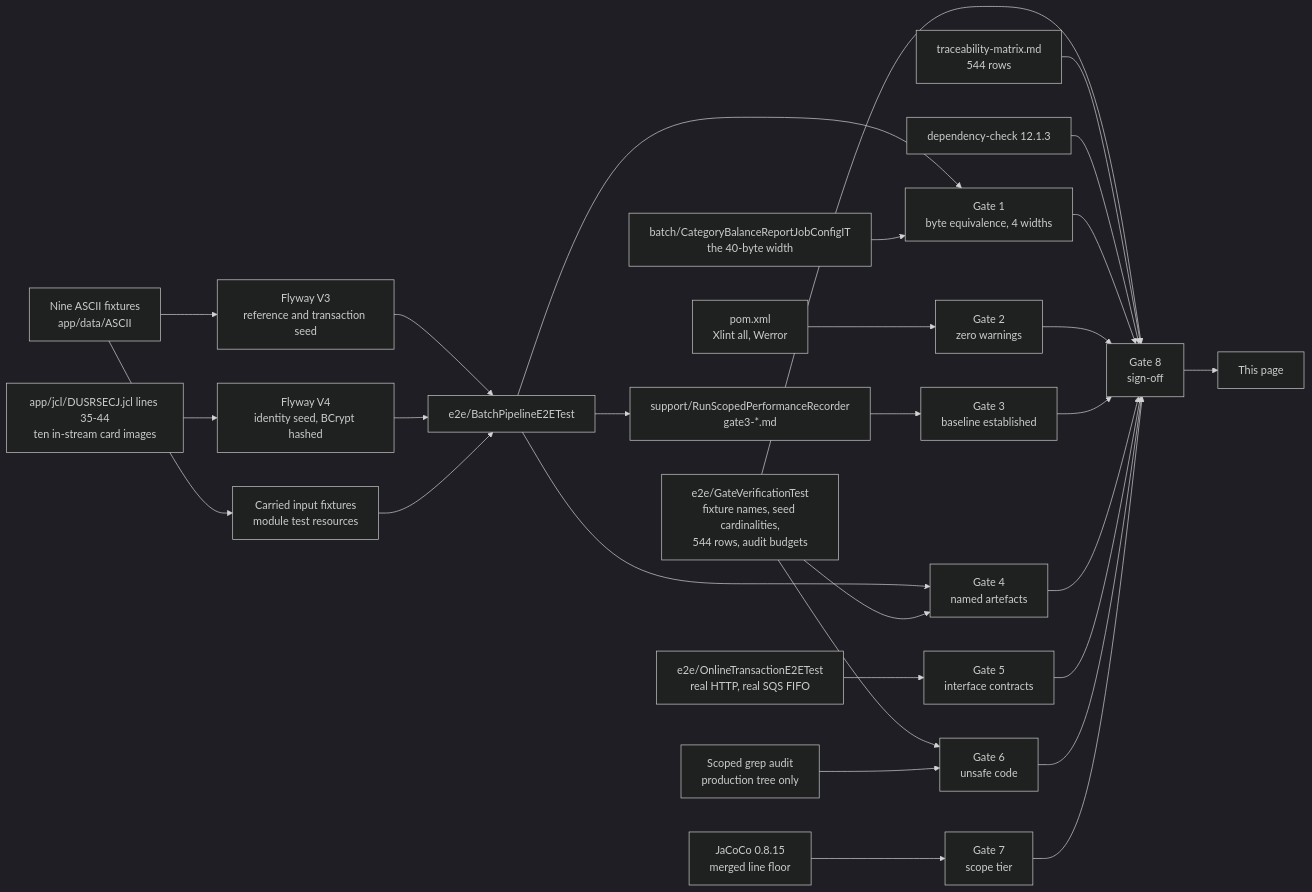
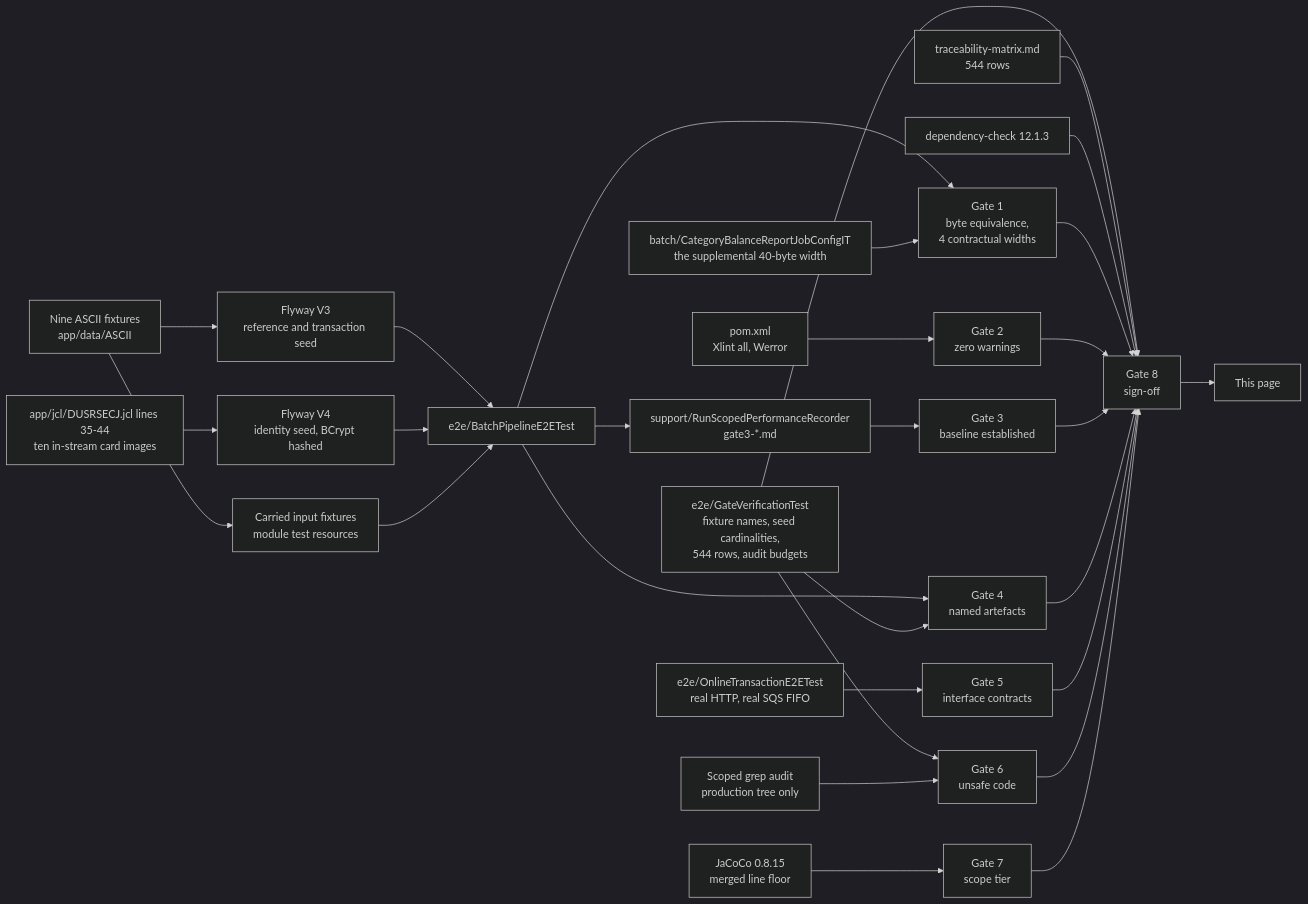
The diagram in docs/gate-evidence.md (blitzy-research/aws-carddemo-blitzy), drawn with Mermaid (dark theme) before and after one commit. The commit also changed other lines of this file and 13 other files, not shown here.

````diff
--- a/docs/gate-evidence.md
+++ b/docs/gate-evidence.md
@@ -212,31 +215,31 @@
 ```mermaid
 graph LR
     F["Nine ASCII fixtures<br/>app/data/ASCII"] --> S3["Flyway V3<br/>reference and transaction seed"]
     U["app/jcl/DUSRSECJ.jcl lines 35-44<br/>ten in-stream card images"] --> S4["Flyway V4<br/>identity seed, BCrypt hashed"]
     F --> I["Carried input fixtures<br/>module test resources"]
     S3 --> B["e2e/BatchPipelineE2ETest"]
     S4 --> B
     I --> B
-    B --> G1["Gate 1<br/>byte equivalence, 4 widths"]
-    C["batch/CategoryBalanceReportJobConfigIT<br/>the 40-byte width"] --> G1
+    B --> G1["Gate 1<br/>byte equivalence,<br/>4 contractual widths"]
+    C["batch/CategoryBalanceReportJobConfigIT<br/>the supplemental 40-byte width"] --> G1
     B --> G4["Gate 4<br/>named artefacts"]
     V["e2e/GateVerificationTest<br/>fixture names, seed cardinalities,<br/>544 rows, audit budgets"] --> G4
     V --> G6["Gate 6<br/>unsafe code"]
     V --> G8["Gate 8<br/>sign-off"]
     B --> T["support/RunScopedPerformanceRecorder<br/>gate3-*.md"]
     T --> G3["Gate 3<br/>baseline established"]
     O["e2e/OnlineTransactionE2ETest<br/>real HTTP, real SQS FIFO"] --> G5["Gate 5<br/>interface contracts"]
     P["pom.xml<br/>Xlint all, Werror"] --> G2["Gate 2<br/>zero warnings"]
     A["Scoped grep audit<br/>production tree only"] --> G6
     J["JaCoCo 0.8.15<br/>merged line floor"] --> G7["Gate 7<br/>scope tier"]
     M["traceability-matrix.md<br/>544 rows"] --> G8
     D["dependency-check 12.1.3"] --> G8
     G1 --> G8
     G2 --> G8
     G3 --> G8
     G4 --> G8
     G5 --> G8
     G6 --> G8
     G7 --> G8
     G8 --> E["This page"]
 ```
````
